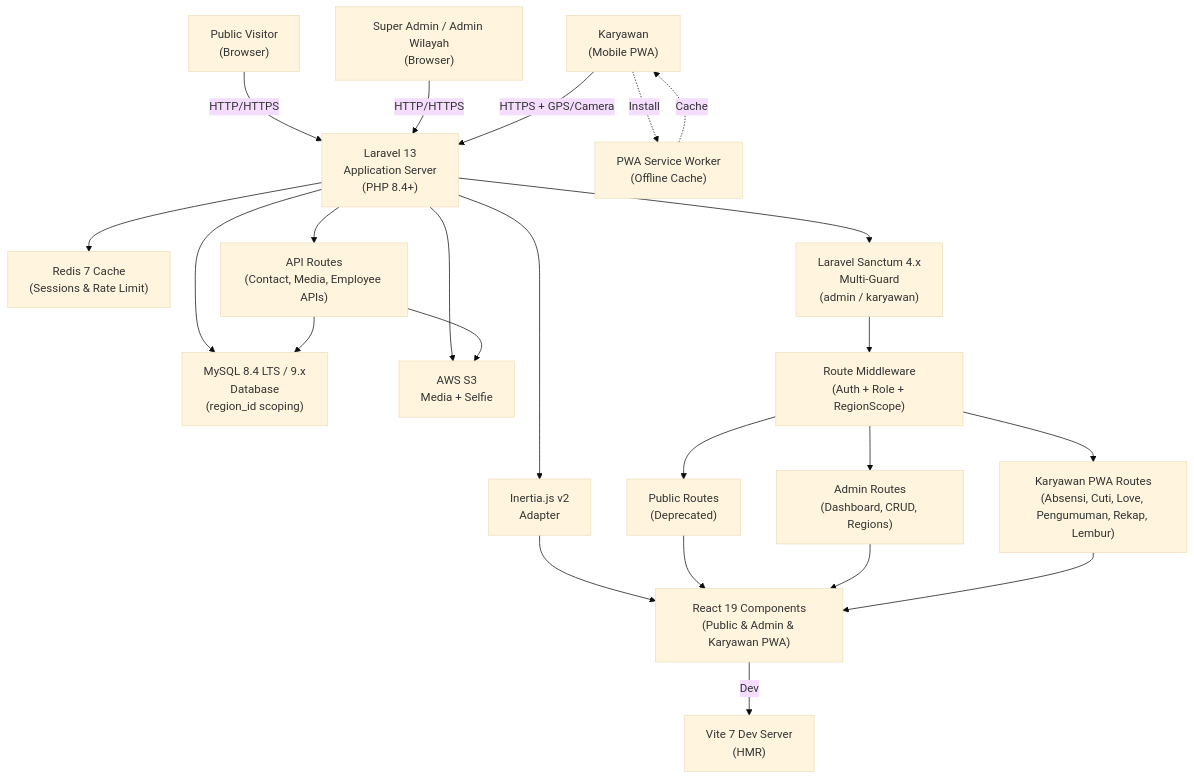
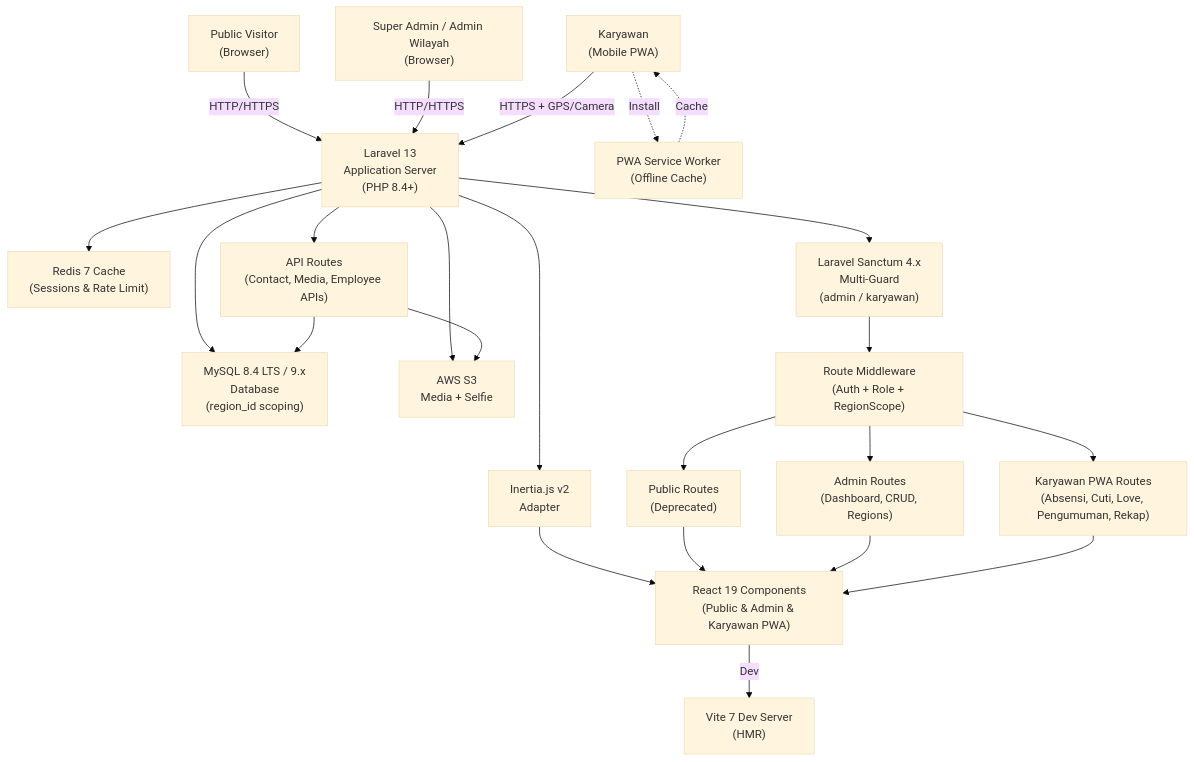
The first of 5 diagrams in prd-profilkorp/ARCHITECTURE.md (radacore/absensi-pu), drawn with Mermaid (base theme) before and after one commit. The commit also changed other lines of this file and 35 other files, not shown here.

````diff
--- a/prd-profilkorp/ARCHITECTURE.md
+++ b/prd-profilkorp/ARCHITECTURE.md
@@ -9,53 +9,53 @@
 ```mermaid
 graph TD
     A["Public Visitor<br/>(Browser)"]
     B["Super Admin / Admin Wilayah<br/>(Browser)"]
     B2["Karyawan<br/>(Mobile PWA)"]
     
     C["Vite 7 Dev Server<br/>(HMR)"]
     D["Laravel 13<br/>Application Server<br/>(PHP 8.4+)"]
     E["Inertia.js v2<br/>Adapter"]
     F["React 19 Components<br/>(Public & Admin & Karyawan PWA)"]
     
     G["MySQL 8.4 LTS / 9.x<br/>Database<br/>(region_id scoping)"]
     H["AWS S3<br/>Media + Selfie"]
     I["Redis 7 Cache<br/>(Sessions & Rate Limit)"]
     
     J["Laravel Sanctum 4.x<br/>Multi-Guard<br/>(admin / karyawan)"]
     K["Route Middleware<br/>(Auth + Role + RegionScope)"]
     
     L["Public Routes<br/>(Deprecated)"]
     M["Admin Routes<br/>(Dashboard, CRUD, Regions)"]
-    M2["Karyawan PWA Routes<br/>(Absensi, Cuti, Love, Pengumuman, Rekap, Lembur)"]
+    M2["Karyawan PWA Routes<br/>(Absensi, Cuti, Love, Pengumuman, Rekap)"]
     N["API Routes<br/>(Contact, Media, Employee APIs)"]
     O["PWA Service Worker<br/>(Offline Cache)"]
     
     A -->|HTTP/HTTPS| D
     B -->|HTTP/HTTPS| D
     B2 -->|HTTPS + GPS/Camera| D
     B2 -.->|Install| O
     O -.->|Cache| B2
     
     D --> E
     E --> F
     
     F -->|Dev| C
     
     D --> G
     D --> H
     D --> I
     
     D --> J
     J --> K
     
     K --> L
     K --> M
     K --> M2
     D --> N
     
     L --> F
     M --> F
     M2 --> F
     N --> G
     N --> H
 ```
````
